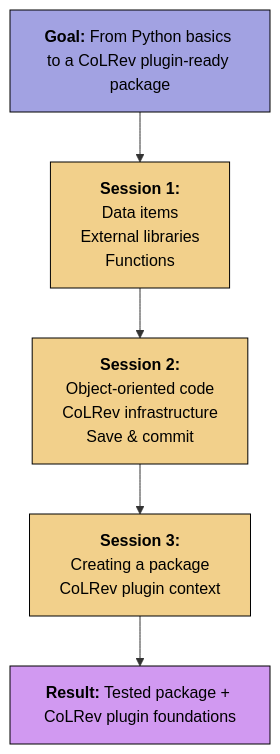
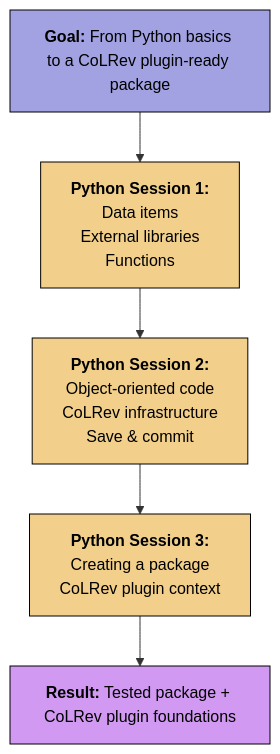
One commit to digital-work-lab/open-source-project changed the diagram in docs/week_3_python.md. Above: the diagram before and after it, drawn with Mermaid. The commit also changed other lines of this file and 1 other file, not shown here.

Commit message:
revisions

````diff
--- a/docs/week_3_python.md
+++ b/docs/week_3_python.md
@@ -35,15 +37,15 @@
 ```mermaid
 
 graph TD
-    A["<b>Goal:</b> From Python basics to a CoLRev plugin-ready package"] --> S1["<b>Session 1:</b><br/>Data items<br>External libraries<br>Functions"];
-    S1 --> S2["<b>Session 2:</b><br/>Object-oriented code<br>CoLRev infrastructure<br>Save & commit"];
-    S2 --> S3["<b>Session 3:</b><br/>Creating a package<br>CoLRev plugin context"];
+    A["<b>Goal:</b> From Python basics to a CoLRev plugin-ready package"] --> S1["<b>Python Session 1:</b><br/>Data items<br>External libraries<br>Functions"];
+    S1 --> S2["<b>Python Session 2:</b><br/>Object-oriented code<br>CoLRev infrastructure<br>Save & commit"];
+    S2 --> S3["<b>Python Session 3:</b><br/>Creating a package<br>CoLRev plugin context"];
     S3 --> R["<b>Result:</b> Tested package + CoLRev plugin foundations"];
 
     style A fill:#a2a2e2,stroke:#000,stroke-width:1px,color:#000
     style S1 fill:#f2d08b,stroke:#000,stroke-width:1px,color:#000
     style S2 fill:#f2d08b,stroke:#000,stroke-width:1px,color:#000
     style S3 fill:#f2d08b,stroke:#000,stroke-width:1px,color:#000
     style R fill:#d199f1,stroke:#000,stroke-width:1px,color:#000
 
 ```
````
